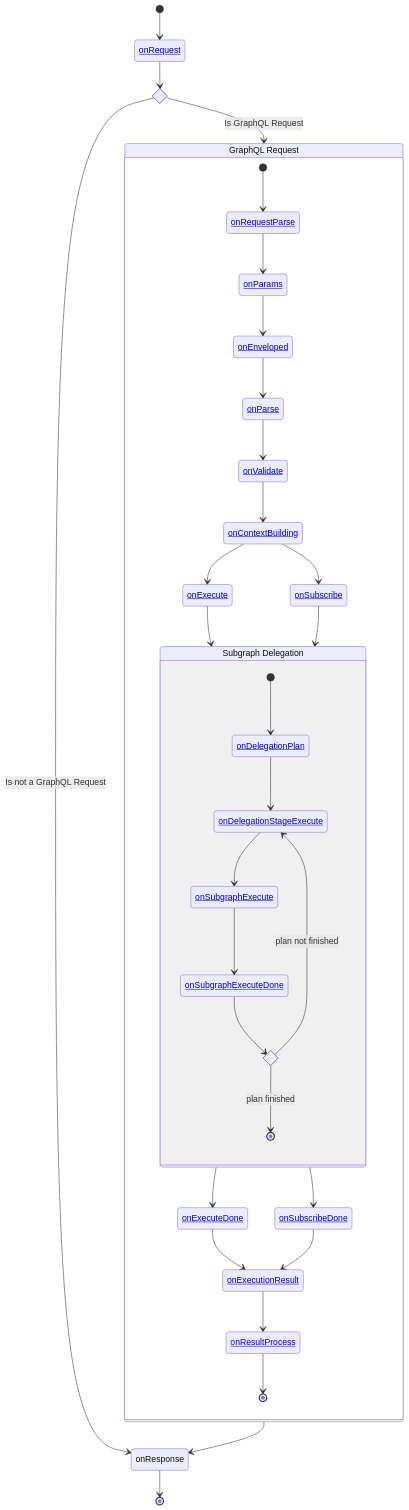
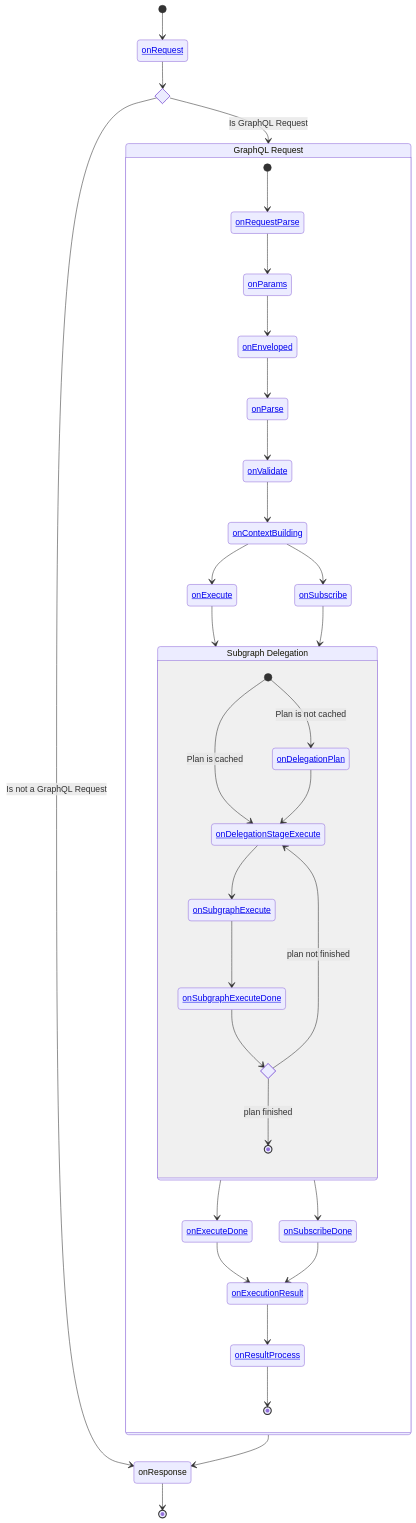
One commit to graphql-hive/console changed the diagram in packages/web/docs/src/pages/docs/gateway/other-features/plugins.mdx. Above: the diagram before and after it, drawn with Mermaid. The commit also changed other lines of this file, not shown here.

````diff
--- a/packages/web/docs/src/pages/docs/gateway/other-features/plugins.mdx
+++ b/packages/web/docs/src/pages/docs/gateway/other-features/plugins.mdx
@@ -178,73 +199,74 @@
 ```mermaid
 stateDiagram-v2
-  onRequest: <a href="onrequest">onRequest</a>
+  onRequest: <a href="#onrequest">onRequest</a>
   GraphQLRequest: GraphQL Request
 
   [*] --> onRequest
 
   state onRequest_if_state <<choice>>
 
   onRequest --> onRequest_if_state
 
   onRequest_if_state --> onResponse: Is not a GraphQL Request
   onRequest_if_state --> GraphQLRequest: Is GraphQL Request
 
   state GraphQLRequest {
     onRequestParse: <a href="#onrequestparse">onRequestParse</a>
     onParams: <a href="#onparams">onParams</a>
     onEnveloped: <a href="#onenveloped">onEnveloped</a>
     onParse: <a href="#onparse">onParse</a>
     onValidate: <a href="#onvalidate">onValidate</a>
     onContextBuilding: <a href="oncontextbuilding">onContextBuilding</a>
     onExecute: <a href="#onexecute">onExecute</a>
     onSubscribe: <a href="#onsubscribe">onSubscribe</a>
 
     onExecuteDone: <a href="#onexecutedone"> onExecuteDone</a>
     onSubscribeDone: <a href="#onsubscribedone">onSubscribeDone</a>
     onExecutionResult: <a href="#onexecutionresult">onExecutionResult</a>
     onResultProcess: <a href="#onresultprocess">onResultProcess</a>
 
 
     [*] --> onRequestParse
     onRequestParse --> onParams
     onParams --> onEnveloped
     onEnveloped --> onParse
     onParse --> onValidate
     onValidate --> onContextBuilding
     onContextBuilding --> onExecute
     onContextBuilding --> onSubscribe
 
     onExecute --> SubgraphDelegation
     onSubscribe --> SubgraphDelegation
 
     SubgraphDelegation: Subgraph Delegation
     state SubgraphDelegation {
       onDelegationPlan: <a href="#ondelegationplan">onDelegationPlan</a>
       onDelegationStageExecute: <a href="#ondelegationstageexecute">onDelegationStageExecute</a>
       onSubgraphExecute: <a href="#onsubgraphexecute">onSubgraphExecute</a>
       onSubgraphExecuteDone: <a href="#onsubgraphexecutedone">onSubgraphExecuteDone</a>
 
-      [*] --> onDelegationPlan
+      [*] --> onDelegationPlan: Plan is not cached
+      [*] --> onDelegationStageExecute: Plan is cached
       onDelegationPlan --> onDelegationStageExecute
       onDelegationStageExecute --> onSubgraphExecute
       onSubgraphExecute --> onSubgraphExecuteDone
 
       state is_plan_finished <<choice>>
       onSubgraphExecuteDone --> is_plan_finished
       is_plan_finished --> onDelegationStageExecute: plan not finished
       is_plan_finished --> [*]: plan finished
     }
 
     SubgraphDelegation --> onExecuteDone
     SubgraphDelegation --> onSubscribeDone
 
     onExecuteDone --> onExecutionResult
     onSubscribeDone --> onExecutionResult
 
     onExecutionResult --> onResultProcess
     onResultProcess --> [*]
   }
 
   GraphQLRequest --> onResponse
   onResponse --> [*]
 ```
````
